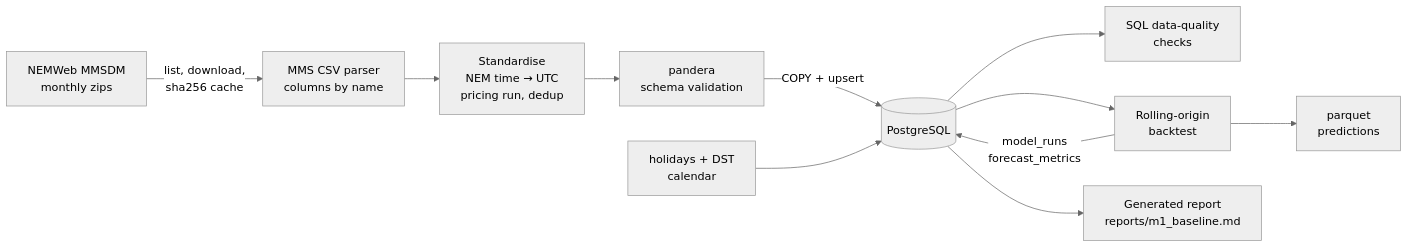
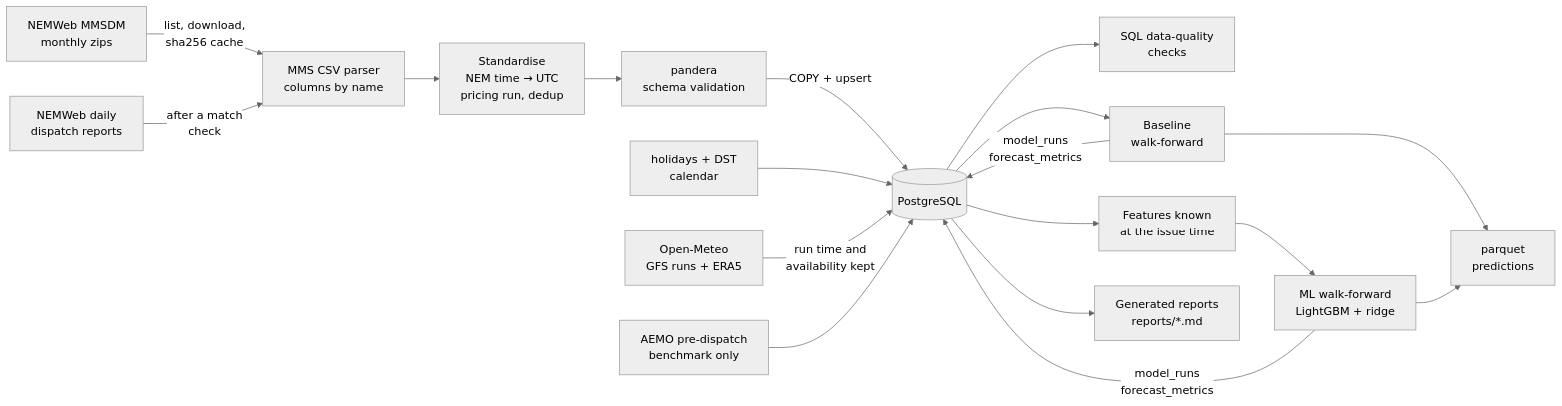
Before and after one commit to knam2609/gridcast-au: the diagram in README.md, drawn with Mermaid (neutral theme). The commit also changed other lines of this file and 3 other files, not shown here.

````diff
--- a/README.md
+++ b/README.md
@@ -48,13 +66,20 @@
 ```mermaid
 flowchart LR
     A[NEMWeb MMSDM<br/>monthly zips] -->|list, download,<br/>sha256 cache| B[MMS CSV parser<br/>columns by name]
+    N[NEMWeb daily<br/>dispatch reports] -->|after a match<br/>check| B
     B --> C[Standardise<br/>NEM time → UTC<br/>pricing run, dedup]
     C --> D[pandera<br/>schema validation]
     D -->|COPY + upsert| E[(PostgreSQL)]
     H[holidays + DST<br/>calendar] --> E
+    W[Open-Meteo<br/>GFS runs + ERA5] -->|run time and<br/>availability kept| E
+    P[AEMO pre-dispatch<br/>benchmark only] --> E
     E --> F[SQL data-quality<br/>checks]
-    E --> G[Rolling-origin<br/>backtest]
+    E --> G[Baseline<br/>walk-forward]
+    E --> X[Features known<br/>at the issue time]
+    X --> L[ML walk-forward<br/>LightGBM + ridge]
     G -->|model_runs<br/>forecast_metrics| E
-    G --> P[parquet<br/>predictions]
-    E --> R[Generated report<br/>reports/m1_baseline.md]
+    L -->|model_runs<br/>forecast_metrics| E
+    G --> Q[parquet<br/>predictions]
+    L --> Q
+    E --> R[Generated reports<br/>reports/*.md]
 ```
````
